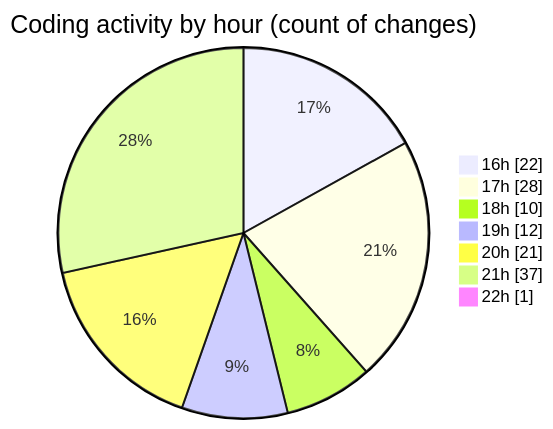
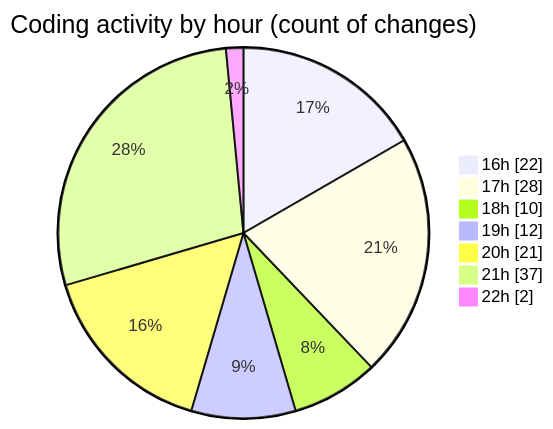
Before and after one commit to becaeroporto-bot/code-tracking: the second of 2 diagrams in 2026-02-17/bot_v1_2/README.md, drawn with Mermaid. The commit also changed other lines of this file and 1 other file, not shown here.

````diff
--- a/2026-02-17/bot_v1_2/README.md
+++ b/2026-02-17/bot_v1_2/README.md
@@ -55,11 +55,11 @@
 ```mermaid
 pie showData
 title Coding activity by hour (count of changes)
 "16h" : 22
 "17h" : 28
 "18h" : 10
 "19h" : 12
 "20h" : 21
 "21h" : 37
-"22h" : 1
+"22h" : 2
 ```
````
